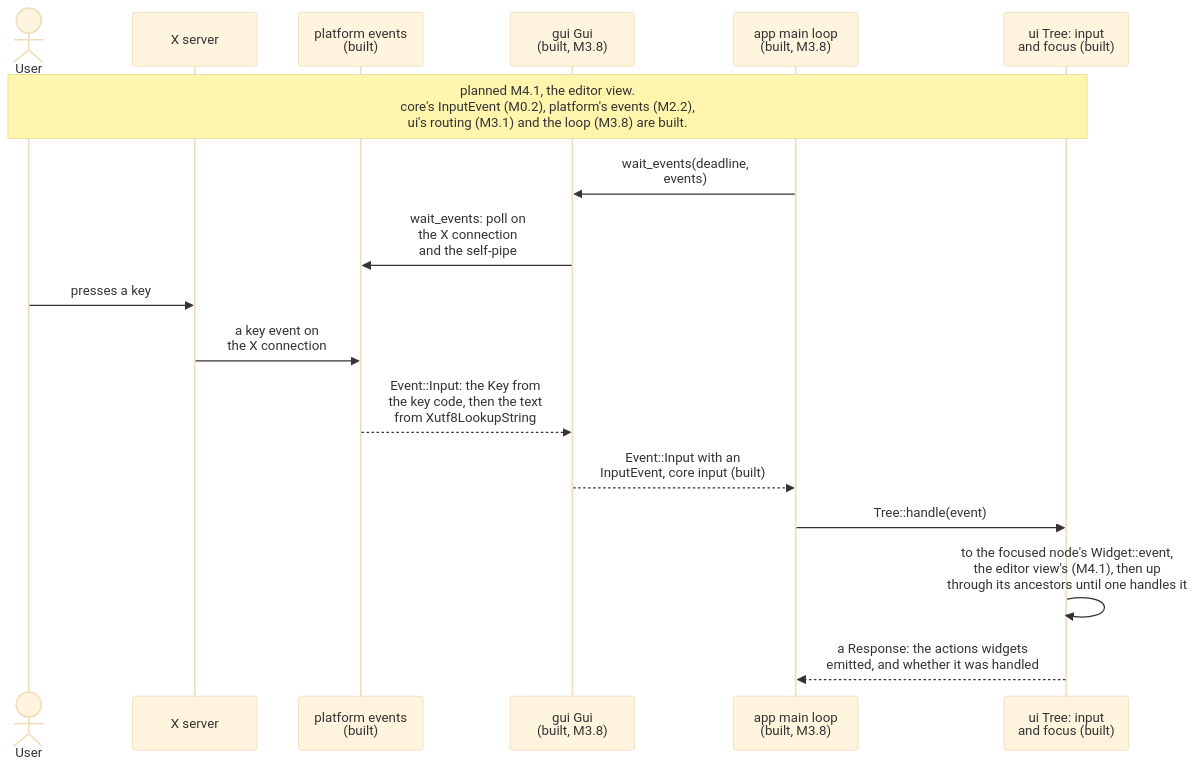
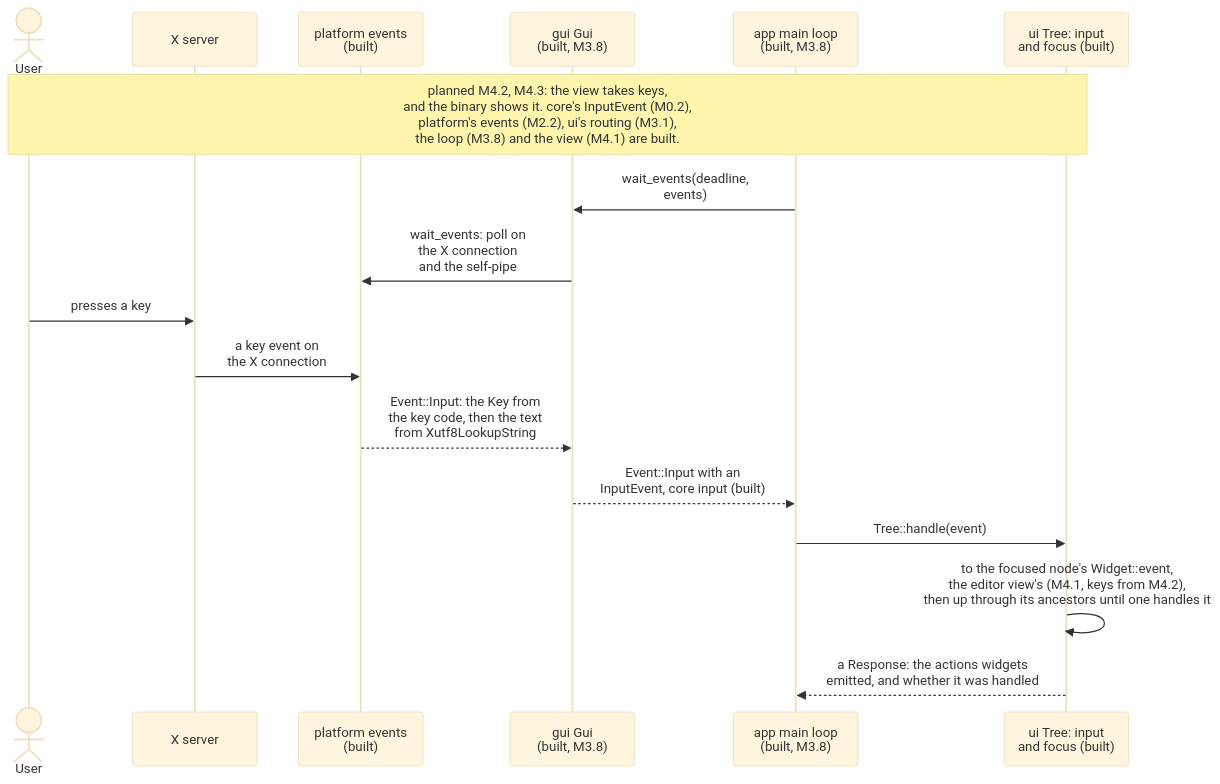
Diagram 12 of 24 in diagrams/sequence-diagrams.md (jabbott-iii/Tidepool), drawn with Mermaid (base theme) before and after one commit. The commit also changed other lines of this file and 49 other files, not shown here.

````diff
--- a/diagrams/sequence-diagrams.md
+++ b/diagrams/sequence-diagrams.md
@@ -659,20 +660,20 @@
 ```mermaid
 sequenceDiagram
     actor User
     participant Disp as X server
     participant Plat as platform events<br/>(built)
     participant Fe as gui Gui<br/>(built, M3.8)
     participant ML as app main loop<br/>(built, M3.8)
     participant Ui as ui Tree: input<br/>and focus (built)
 
-    Note over User,Ui: planned M4.1, the editor view.<br/>core's InputEvent (M0.2), platform's events (M2.2),<br/>ui's routing (M3.1) and the loop (M3.8) are built.
+    Note over User,Ui: planned M4.2, M4.3: the view takes keys,<br/>and the binary shows it. core's InputEvent (M0.2),<br/>platform's events (M2.2), ui's routing (M3.1),<br/>the loop (M3.8) and the view (M4.1) are built.
     ML->>Fe: wait_events(deadline,<br/>events)
     Fe->>Plat: wait_events: poll on<br/>the X connection<br/>and the self-pipe
     User->>Disp: presses a key
     Disp->>Plat: a key event on<br/>the X connection
     Plat-->>Fe: Event::Input: the Key from<br/>the key code, then the text<br/>from Xutf8LookupString
     Fe-->>ML: Event::Input with an<br/>InputEvent, core input (built)
     ML->>Ui: Tree::handle(event)
-    Ui->>Ui: to the focused node's Widget::event,<br/>the editor view's (M4.1), then up<br/>through its ancestors until one handles it
+    Ui->>Ui: to the focused node's Widget::event,<br/>the editor view's (M4.1, keys from M4.2),<br/>then up through its ancestors until one handles it
     Ui-->>ML: a Response: the actions widgets<br/>emitted, and whether it was handled
 ```
````
